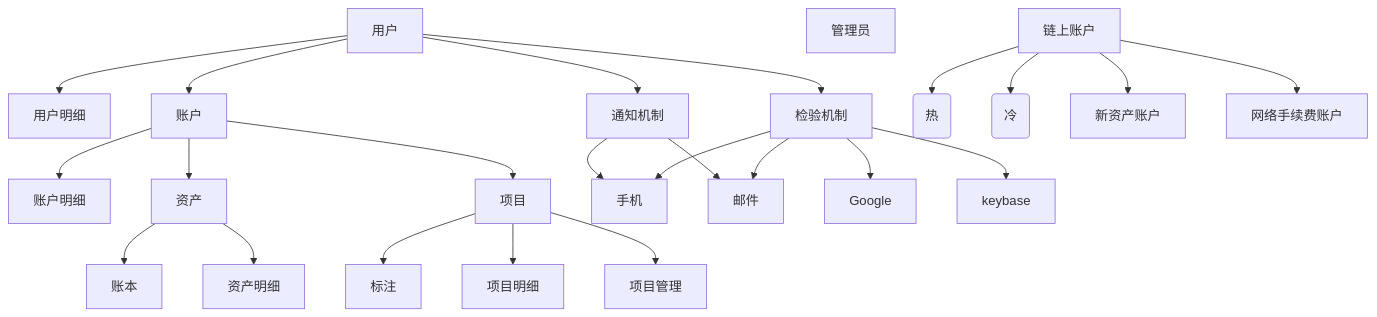
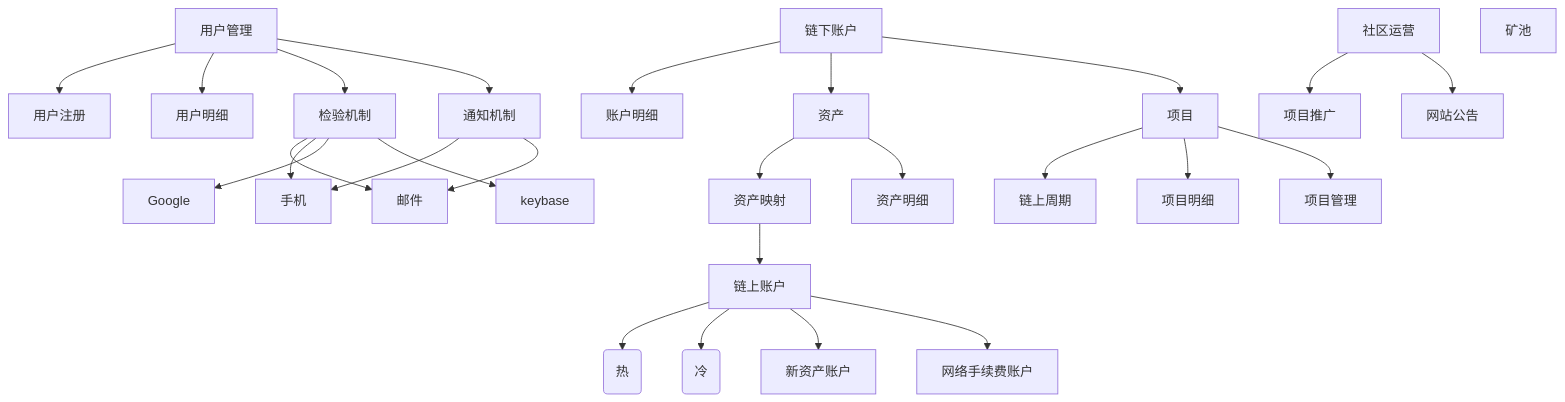
The first of 15 diagrams in Readme.md (neomaclin/designdoc), drawn with Mermaid before and after one commit. The commit also changed other lines of this file, not shown here.

````diff
--- a/Readme.md
+++ b/Readme.md
@@ -5,27 +5,33 @@
 ```mermaid
 graph TB
 
-用户 --> 用户明细
-用户 --> 账户
-用户 --> 检验机制
-用户 --> 通知机制
-账户 --> 账户明细
-账户 --> 资产
-资产 --> 账本
+用户管理 --> 用户注册
+用户管理 --> 用户明细
+
+用户管理 --> 检验机制
+用户管理 --> 通知机制
+链下账户 --> 账户明细
+链下账户 --> 资产
+资产 --> 资产映射 
+资产映射 --> 链上账户
 资产 --> 资产明细
-项目 --> 标注
-账户 --> 项目
+项目 --> 链上周期
+链下账户 --> 项目
 项目 --> 项目明细
 项目 --> 项目管理
-管理员
 通知机制 --> 手机
 通知机制 --> 邮件
 检验机制 --> 邮件
 检验机制 --> 手机
 检验机制 --> Google
 检验机制 --> keybase
 链上账户 --> 在线账户(热)
 链上账户 --> 离线账户(冷)
 链上账户 --> 新资产账户
 链上账户 --> 网络手续费账户
+
+社区运营 --> 项目推广
+社区运营 --> 网站公告
+
+矿池
 ```
````
